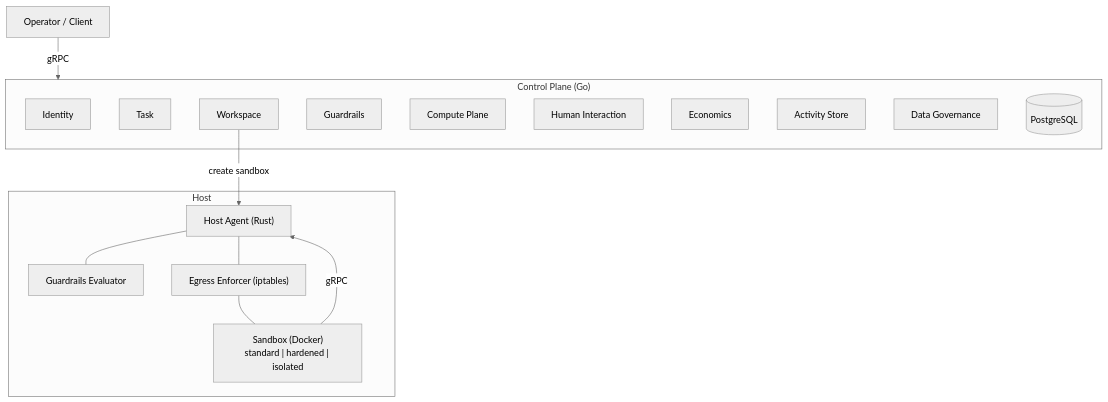
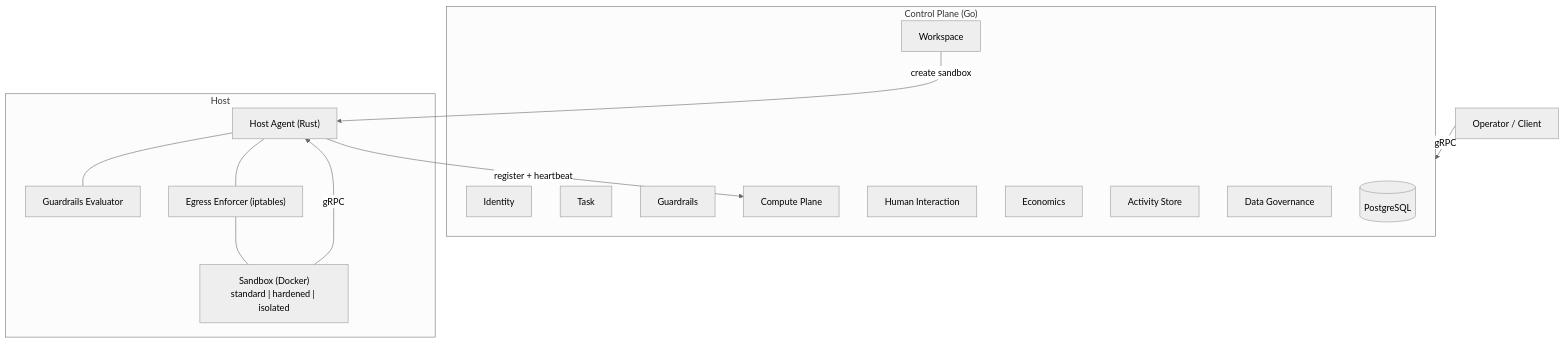
Before and after one commit to Baselyne-Systems/agent-sandbox-platform: the diagram in README.md, drawn with Mermaid (neutral theme). The commit also changed other lines of this file and 6 other files, not shown here.

First line of the commit message:
Simplify Host Agent config: CONTROL_PLANE + auto-detect resources

````diff
--- a/README.md
+++ b/README.md
@@ -7,31 +7,32 @@
 ```mermaid
 graph TB
     Operator["Operator / Client"]
 
     subgraph CP["Control Plane (Go)"]
         Identity["Identity"]
         Task["Task"]
         Workspace["Workspace"]
         Guardrails["Guardrails"]
         Compute["Compute Plane"]
         Human["Human Interaction"]
         Economics["Economics"]
         Activity["Activity Store"]
         Governance["Data Governance"]
         PG[("PostgreSQL")]
     end
 
     subgraph Host["Host"]
         HostAgent["Host Agent (Rust)"]
         Evaluator["Guardrails Evaluator"]
         Egress["Egress Enforcer (iptables)"]
         Sandbox["Sandbox (Docker)<br/>standard | hardened | isolated"]
     end
 
     Operator -->|gRPC| CP
     Sandbox -->|gRPC| HostAgent
     HostAgent --- Evaluator
     HostAgent --- Egress
     Egress --- Sandbox
     Workspace -->|"create sandbox"| HostAgent
+    HostAgent -->|"register + heartbeat"| Compute
 ```
````
